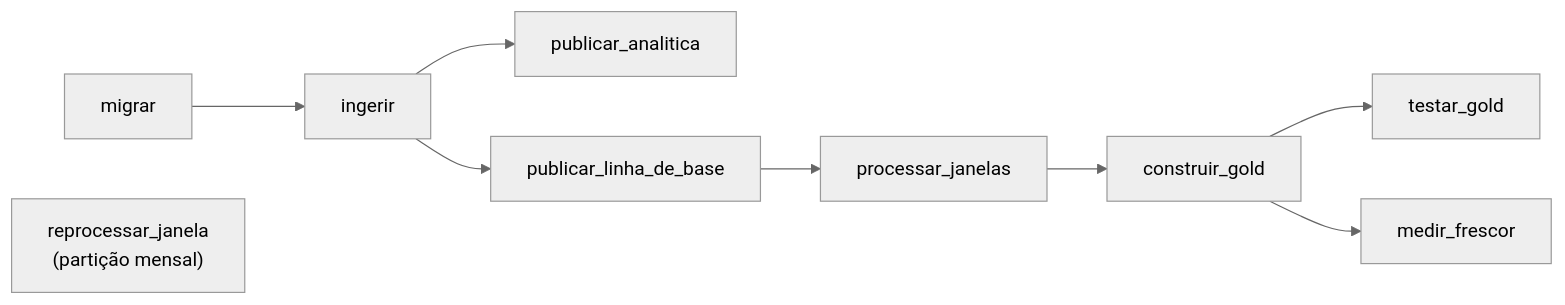
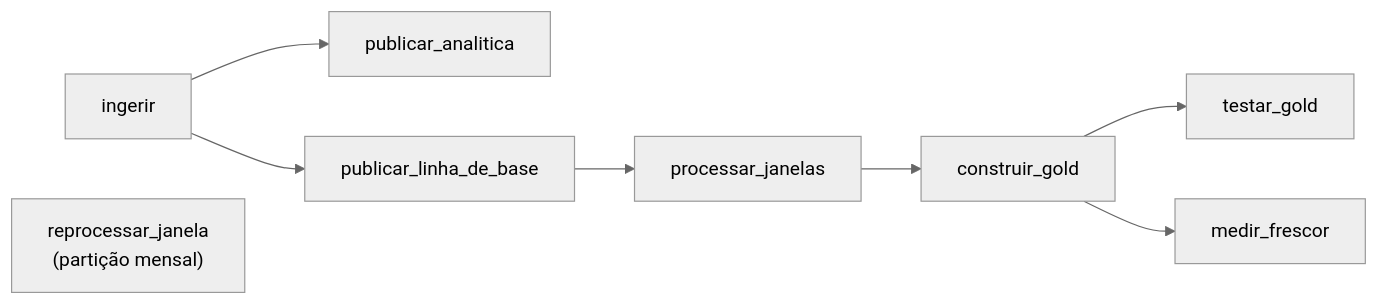
The diagram in docs/orquestracao.md (daviegito/bd2_2026_2_eduinfra), drawn with Mermaid (neutral theme) before and after one commit. The commit also changed other lines of this file and 7 other files, not shown here.

````diff
--- a/docs/orquestracao.md
+++ b/docs/orquestracao.md
@@ -16,11 +18,11 @@
 ```mermaid
 flowchart LR
-    MIGRAR["migrar"] --> INGERIR["ingerir"]
+    INGERIR["ingerir"]
     INGERIR --> ANALITICA["publicar_analitica"]
     INGERIR --> BASE["publicar_linha_de_base"]
     BASE --> JANELAS["processar_janelas"]
     JANELAS --> GOLD["construir_gold"]
     GOLD --> TESTES["testar_gold"]
     GOLD --> FRESCOR["medir_frescor"]
     REPROC["reprocessar_janela<br/>(partição mensal)"]
 ```
````
